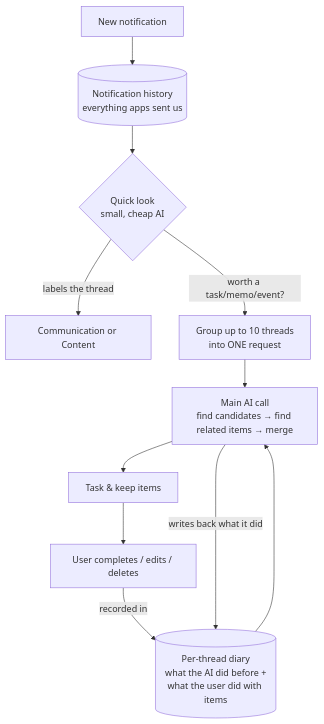
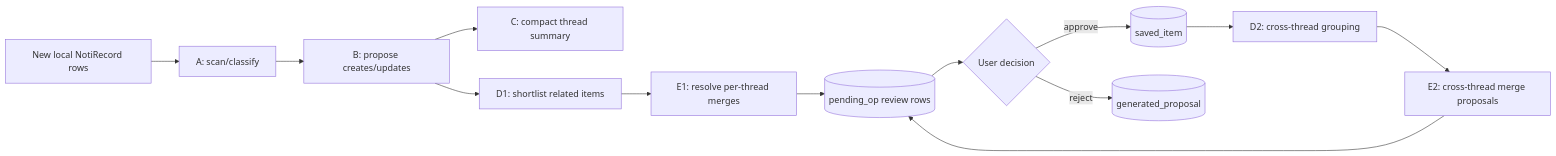
The diagram in docs/extraction-pipeline.md (NotiLLM/Noti), drawn with Mermaid before and after one commit. The commit also changed other lines of this file and 101 other files, not shown here.

````diff
--- a/docs/extraction-pipeline.md
+++ b/docs/extraction-pipeline.md
@@ -13,13 +9,15 @@
 ```mermaid
-flowchart TD
-    N[New notification] --> R[(Notification history<br/>everything apps sent us)]
-    R --> S{Quick look<br/>small, cheap AI}
-    S -->|labels the thread| T[Communication or Content]
-    S -->|worth a task/memo/event?| B[Group up to 10 threads<br/>into ONE request]
-    D[(Per-thread diary<br/>what the AI did before +<br/>what the user did with items)] --> X
-    B --> X[Main AI call<br/>find candidates → find related items → merge]
-    X --> I[Task & keep items]
-    I --> UA[User completes / edits / deletes]
-    UA -->|recorded in| D
-    X -->|writes back what it did| D
+flowchart LR
+    Records[New local NotiRecord rows] --> A[A: scan/classify]
+    A --> B[B: propose creates/updates]
+    B --> C[C: compact thread summary]
+    B --> D1[D1: shortlist related items]
+    D1 --> E1[E1: resolve per-thread merges]
+    E1 --> Pending[(pending_op review rows)]
+    Pending --> User{User decision}
+    User -->|approve| Saved[(saved_item)]
+    User -->|reject| Decisions[(generated_proposal)]
+    Saved --> D2[D2: cross-thread grouping]
+    D2 --> E2[E2: cross-thread merge proposals]
+    E2 --> Pending
 ```
````
